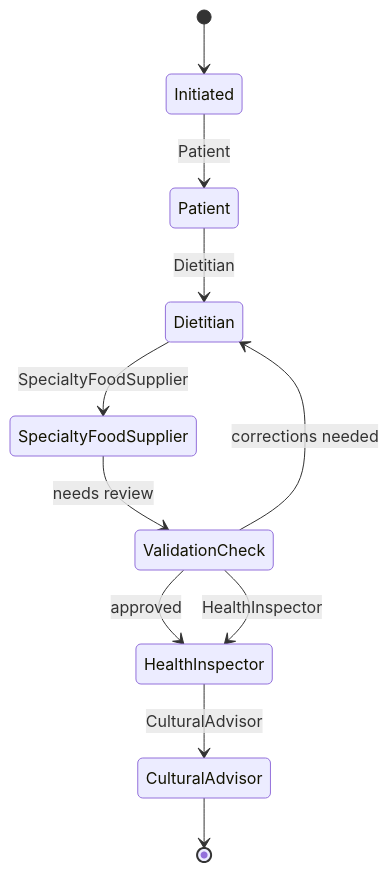
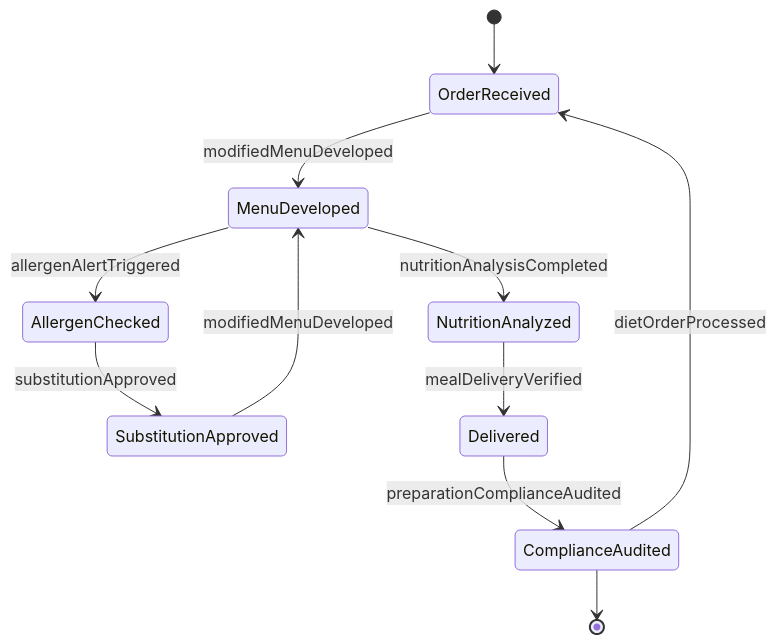
One commit to dot-org-ai/tasks.org.ai changed the second of 4 diagrams in GuidingDirectingAndMotivatingSubordinates/DirectOrganizationalOperationsActivitiesOrProcedures/ManagePreparationSpecialMealsDiets.mdx. Above: the diagram before and after it, drawn with Mermaid. The commit also changed other lines of this file and 515 other files, not shown here.

````diff
--- a/GuidingDirectingAndMotivatingSubordinates/DirectOrganizationalOperationsActivitiesOrProcedures/ManagePreparationSpecialMealsDiets.mdx
+++ b/GuidingDirectingAndMotivatingSubordinates/DirectOrganizationalOperationsActivitiesOrProcedures/ManagePreparationSpecialMealsDiets.mdx
@@ -101,13 +102,13 @@
 ```mermaid
 stateDiagram-v2
-    [*] --> Initiated
-    Initiated --> Patient: Patient
-    Patient --> Dietitian: Dietitian
-    Dietitian --> SpecialtyFoodSupplier: SpecialtyFoodSupplier
-    SpecialtyFoodSupplier --> ValidationCheck: needs review
-    ValidationCheck --> Dietitian: corrections needed
-    ValidationCheck --> HealthInspector: approved
-    ValidationCheck --> HealthInspector: HealthInspector
-    HealthInspector --> CulturalAdvisor: CulturalAdvisor
-    CulturalAdvisor --> [*]
+    [*] --> OrderReceived
+    OrderReceived --> MenuDeveloped : modifiedMenuDeveloped
+    MenuDeveloped --> AllergenChecked : allergenAlertTriggered
+    AllergenChecked --> SubstitutionApproved : substitutionApproved
+    SubstitutionApproved --> MenuDeveloped : modifiedMenuDeveloped
+    MenuDeveloped --> NutritionAnalyzed : nutritionAnalysisCompleted
+    NutritionAnalyzed --> Delivered : mealDeliveryVerified
+    Delivered --> ComplianceAudited : preparationComplianceAudited
+    ComplianceAudited --> OrderReceived : dietOrderProcessed
+    ComplianceAudited --> [*]
 ```
````
